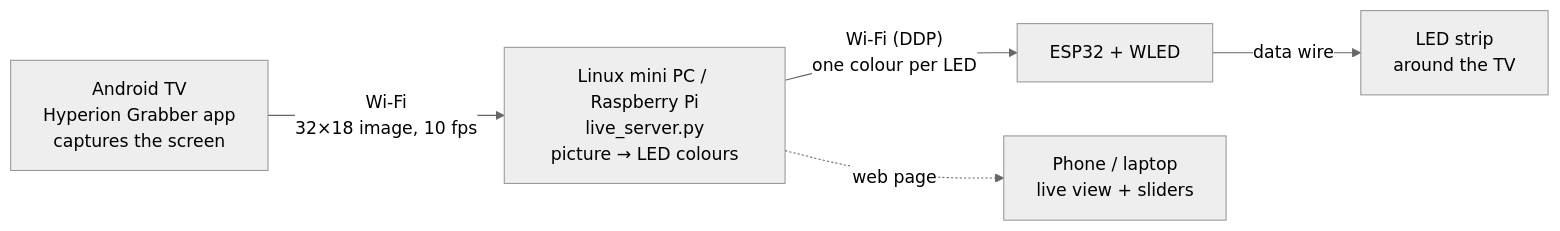
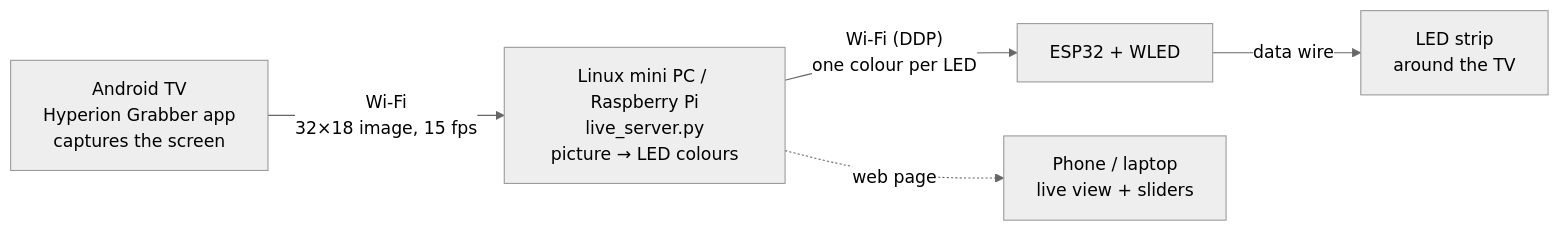
Before and after one commit to AkshayKargaonkar/tv-ambilight: the diagram in README.md, drawn with Mermaid (neutral theme). The commit also changed other lines of this file, not shown here.

First line of the commit message:
Recommend 15 fps capture

````diff
--- a/README.md
+++ b/README.md
@@ -12,7 +12,7 @@
 ```mermaid
 flowchart LR
-    TV["Android TV<br/>Hyperion Grabber app<br/>captures the screen"] -- "Wi-Fi<br/>32×18 image, 10 fps" --> PC["Linux mini PC / Raspberry Pi<br/>live_server.py<br/>picture → LED colours"]
+    TV["Android TV<br/>Hyperion Grabber app<br/>captures the screen"] -- "Wi-Fi<br/>32×18 image, 15 fps" --> PC["Linux mini PC / Raspberry Pi<br/>live_server.py<br/>picture → LED colours"]
     PC -- "Wi-Fi (DDP)<br/>one colour per LED" --> ESP["ESP32 + WLED"]
     ESP -- "data wire" --> LED["LED strip<br/>around the TV"]
     PC -. "web page" .-> YOU["Phone / laptop<br/>live view + sliders"]
 ```
````
